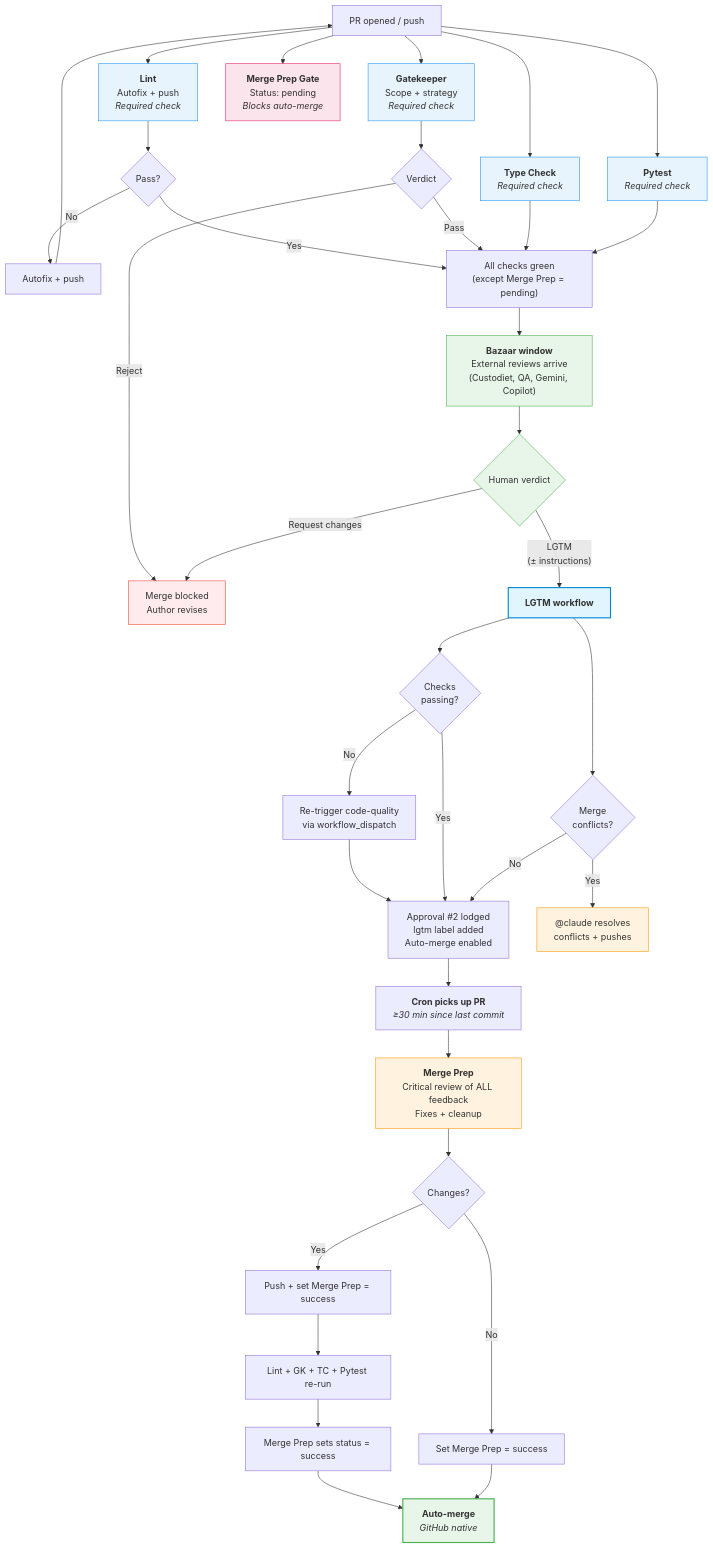
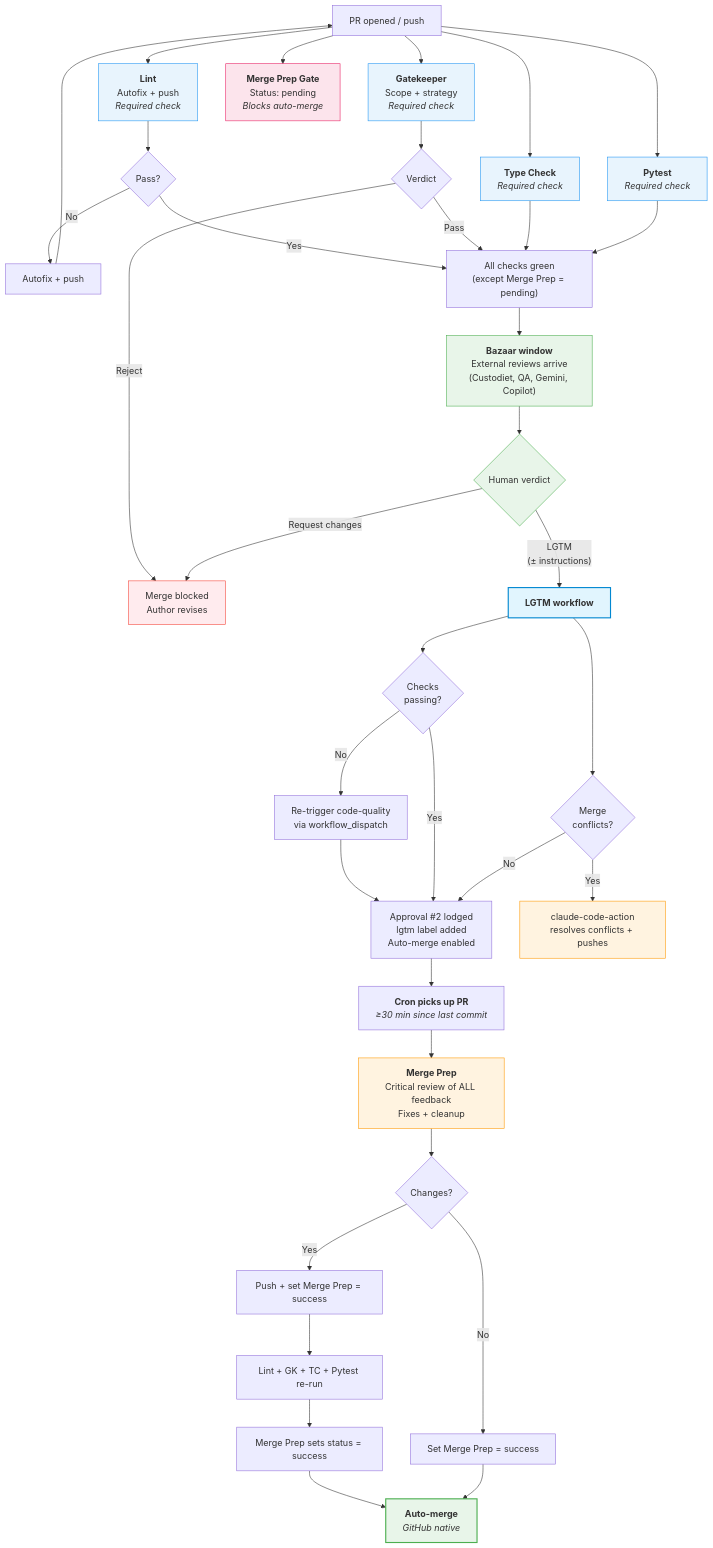
One commit to nicsuzor/academicOps changed the diagram in specs/pr-process.md. Above: the diagram before and after it, drawn with Mermaid. The commit also changed other lines of this file and 1 other file, not shown here.

````diff
--- a/specs/pr-process.md
+++ b/specs/pr-process.md
@@ -153,70 +153,70 @@
 ```mermaid
 flowchart TD
     PR["PR opened / push"]
 
     %% Phase 1: Immediate
     PR --> Lint["<b>Lint</b><br/>Autofix + push<br/><i>Required check</i>"]
     PR --> GK["<b>Gatekeeper</b><br/>Scope + strategy<br/><i>Required check</i>"]
     PR --> TC["<b>Type Check</b><br/><i>Required check</i>"]
     PR --> Test["<b>Pytest</b><br/><i>Required check</i>"]
     PR --> MPGate["<b>Merge Prep Gate</b><br/>Status: pending<br/><i>Blocks auto-merge</i>"]
 
     Lint --> LintOK{Pass?}
     LintOK -- No --> AutoFix["Autofix + push"]
     AutoFix --> PR
     LintOK -- Yes --> Green
 
     GK --> GKV{Verdict}
     GKV -- Reject --> Blocked["Merge blocked<br/>Author revises"]
     GKV -- Pass --> Green
 
     TC --> Green
     Test --> Green["All checks green<br/>(except Merge Prep = pending)"]
 
     %% Phase 2-3: Bazaar + Human
     Green --> Wait["<b>Bazaar window</b><br/>External reviews arrive<br/>(Custodiet, QA, Gemini, Copilot)"]
     Wait --> Human{"Human verdict"}
     Human -- "Request changes" --> Blocked
     Human -- "LGTM<br/>(± instructions)" --> LGTM
 
     %% LGTM workflow
     LGTM["<b>LGTM workflow</b>"]
     LGTM --> CheckStatus{"Checks<br/>passing?"}
     CheckStatus -- No --> Retrigger["Re-trigger code-quality<br/>via workflow_dispatch"]
     Retrigger --> Approved
     CheckStatus -- Yes --> Approved
     LGTM --> Conflicts{"Merge<br/>conflicts?"}
-    Conflicts -- Yes --> Claude["@claude resolves<br/>conflicts + pushes"]
+    Conflicts -- Yes --> Claude["claude-code-action<br/>resolves conflicts + pushes"]
     Conflicts -- No --> Approved
     Approved["Approval #2 lodged<br/>lgtm label added<br/>Auto-merge enabled"]
 
     %% Phase 4: Merge Prep (cron)
     Approved --> Cron["<b>Cron picks up PR</b><br/><i>≥30 min since last commit</i>"]
     Cron --> MP["<b>Merge Prep</b><br/>Critical review of ALL feedback<br/>Fixes + cleanup"]
     MP --> MPPush{Changes?}
     MPPush -- Yes --> Push["Push + set Merge Prep = success"]
     MPPush -- No --> MPDone["Set Merge Prep = success"]
     Push --> Recheck["Lint + GK + TC + Pytest re-run"]
     Recheck --> MPSet["Merge Prep sets status = success"]
     MPSet --> Merge
     MPDone --> Merge["<b>Auto-merge</b><br/><i>GitHub native</i>"]
 
     %% Styling
     classDef check fill:#e8f4fd,stroke:#2196f3
     classDef human fill:#e8f5e9,stroke:#4caf50
     classDef agent fill:#fff3e0,stroke:#ff9800
     classDef success fill:#e8f5e9,stroke:#4caf50,stroke-width:2px
     classDef fail fill:#ffebee,stroke:#f44336
     classDef gate fill:#fce4ec,stroke:#e91e63
     classDef lgtm fill:#e1f5fe,stroke:#0288d1,stroke-width:2px
 
     class Lint,TC,Test check
     class GK check
     class Human,Wait human
     class MP agent
     class Merge success
     class Blocked fail
     class MPGate gate
     class LGTM lgtm
     class Claude agent
 ```
````
